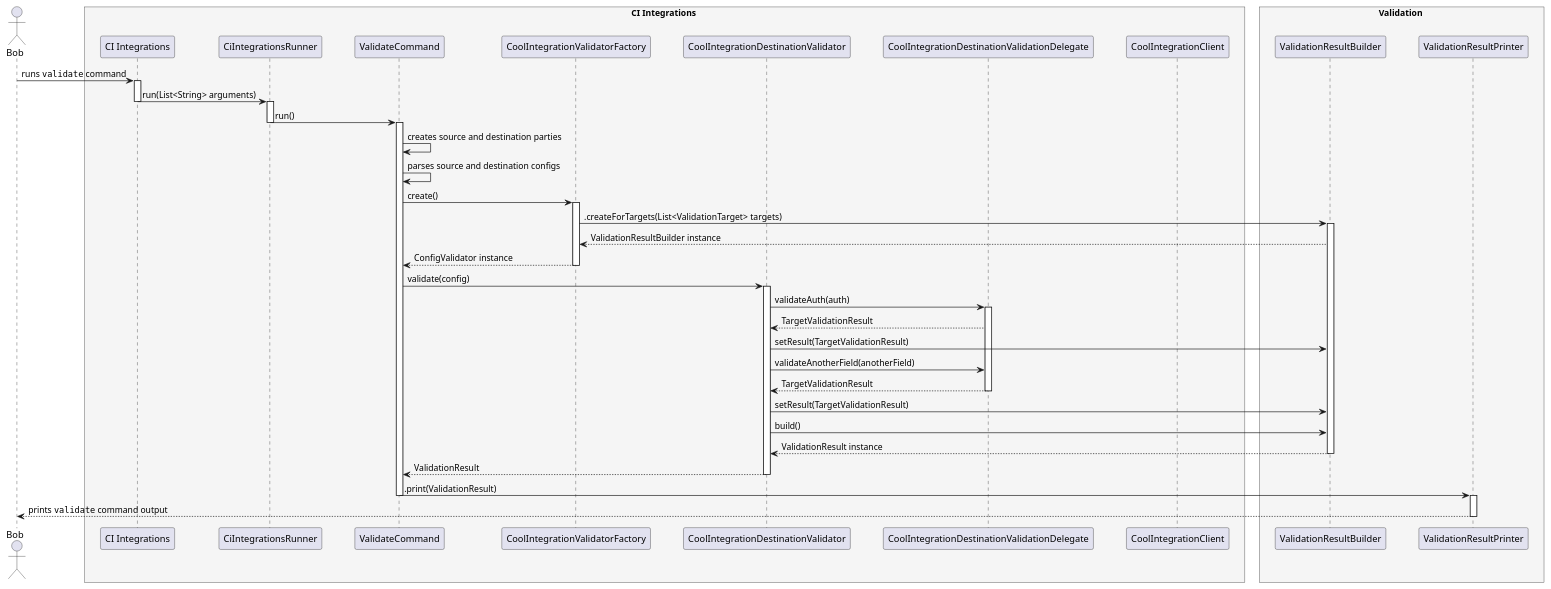
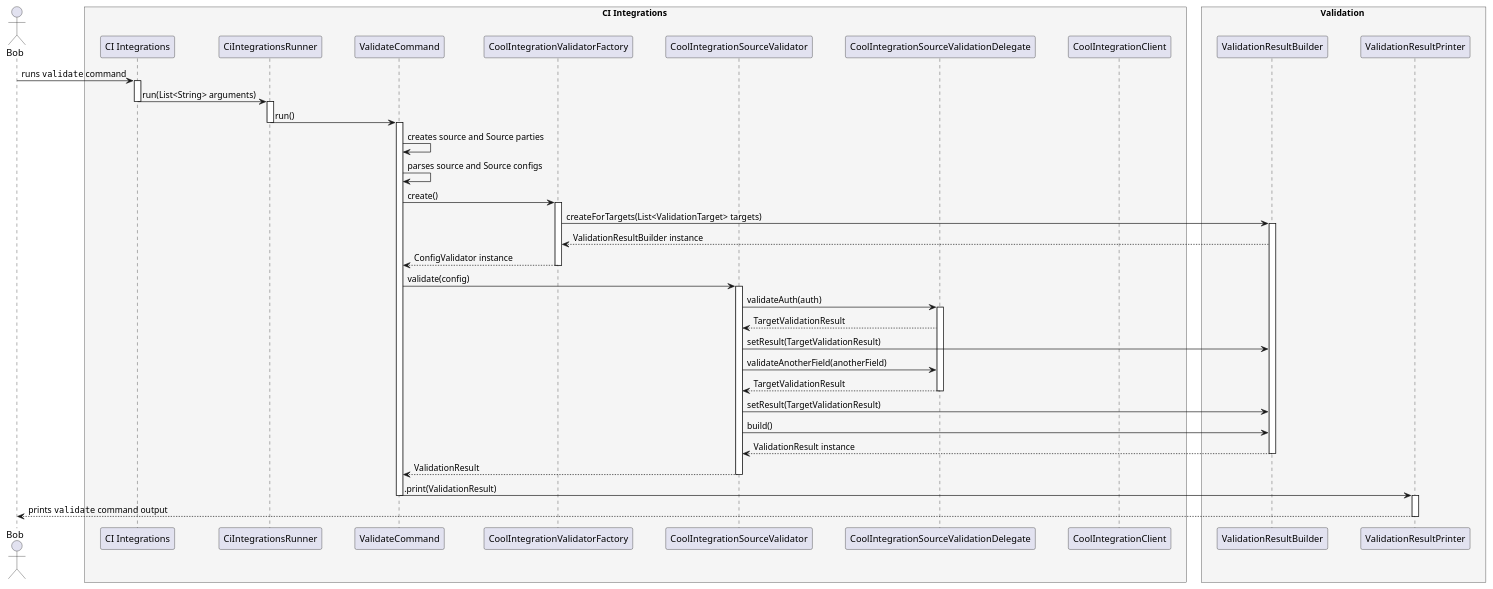
One commit to Flank/flank-dashboard changed the diagram in metrics/cli/docs/features/doctor_output_improvements/diagrams/ci_integrations_validator_sequence_diagram.puml. Above: the diagram before and after it, drawn with PlantUML. The commit also changed 1 other file, not shown here.

Commit message:
Update sequence diagrams

```diff
--- a/metrics/cli/docs/features/doctor_output_improvements/diagrams/ci_integrations_validator_sequence_diagram.puml
+++ b/metrics/cli/docs/features/doctor_output_improvements/diagrams/ci_integrations_validator_sequence_diagram.puml
@@ -1,82 +1,82 @@
 @startuml config_validator_sequence_diagram
 
 skinparam ParticipantPadding 20
 skinparam BoxPadding 10
 
 actor Bob
 
 box CI Integrations #whiteSmoke
 
 participant "CI Integrations"
 participant CiIntegrationsRunner
 participant ValidateCommand
 participant CoolIntegrationValidatorFactory
-participant CoolIntegrationDestinationValidator
-participant CoolIntegrationDestinationValidationDelegate
+participant CoolIntegrationSourceValidator
+participant CoolIntegrationSourceValidationDelegate
 participant CoolIntegrationClient
 
 end box
 
 box Validation #whiteSmoke
 
 participant ValidationResultBuilder
 participant ValidationResultPrinter
 
 end box
 
 Bob -> "CI Integrations" : runs ""validate"" command
 activate "CI Integrations"
 
 "CI Integrations" -> CiIntegrationsRunner: run(List<String> arguments)
 deactivate "CI Integrations"
 activate CiIntegrationsRunner
 
 CiIntegrationsRunner -> ValidateCommand: run()
 deactivate CiIntegrationsRunner
 activate ValidateCommand
 
-ValidateCommand -> ValidateCommand : creates source and destination parties
-ValidateCommand -> ValidateCommand : parses source and destination configs
+ValidateCommand -> ValidateCommand : creates source and Source parties
+ValidateCommand -> ValidateCommand : parses source and Source configs
 
 ValidateCommand -> CoolIntegrationValidatorFactory : create()
 activate CoolIntegrationValidatorFactory
 
-CoolIntegrationValidatorFactory -> ValidationResultBuilder : .createForTargets(List<ValidationTarget> targets)
+CoolIntegrationValidatorFactory -> ValidationResultBuilder : createForTargets(List<ValidationTarget> targets)
 activate ValidationResultBuilder
 
 ValidationResultBuilder --> CoolIntegrationValidatorFactory : ValidationResultBuilder instance
 
 CoolIntegrationValidatorFactory --> ValidateCommand : ConfigValidator instance
 deactivate CoolIntegrationValidatorFactory
 
-ValidateCommand -> CoolIntegrationDestinationValidator : validate(config)
-activate CoolIntegrationDestinationValidator
+ValidateCommand -> CoolIntegrationSourceValidator : validate(config)
+activate CoolIntegrationSourceValidator
 
-CoolIntegrationDestinationValidator -> CoolIntegrationDestinationValidationDelegate : validateAuth(auth)
-activate CoolIntegrationDestinationValidationDelegate
+CoolIntegrationSourceValidator -> CoolIntegrationSourceValidationDelegate : validateAuth(auth)
+activate CoolIntegrationSourceValidationDelegate
 
-CoolIntegrationDestinationValidationDelegate --> CoolIntegrationDestinationValidator : TargetValidationResult
-CoolIntegrationDestinationValidator -> ValidationResultBuilder : setResult(TargetValidationResult)
+CoolIntegrationSourceValidationDelegate --> CoolIntegrationSourceValidator : TargetValidationResult
+CoolIntegrationSourceValidator -> ValidationResultBuilder : setResult(TargetValidationResult)
 
-CoolIntegrationDestinationValidator -> CoolIntegrationDestinationValidationDelegate : validateAnotherField(anotherField)
+CoolIntegrationSourceValidator -> CoolIntegrationSourceValidationDelegate : validateAnotherField(anotherField)
 deactivate CoolIntegrationClient
 
-CoolIntegrationDestinationValidationDelegate --> CoolIntegrationDestinationValidator : TargetValidationResult
-deactivate CoolIntegrationDestinationValidationDelegate
+CoolIntegrationSourceValidationDelegate --> CoolIntegrationSourceValidator : TargetValidationResult
+deactivate CoolIntegrationSourceValidationDelegate
 
-CoolIntegrationDestinationValidator -> ValidationResultBuilder : setResult(TargetValidationResult)
-CoolIntegrationDestinationValidator -> ValidationResultBuilder : build()
-ValidationResultBuilder --> CoolIntegrationDestinationValidator : ValidationResult instance
+CoolIntegrationSourceValidator -> ValidationResultBuilder : setResult(TargetValidationResult)
+CoolIntegrationSourceValidator -> ValidationResultBuilder : build()
+ValidationResultBuilder --> CoolIntegrationSourceValidator : ValidationResult instance
 deactivate ValidationResultBuilder
 
-CoolIntegrationDestinationValidator --> ValidateCommand : ValidationResult
-deactivate CoolIntegrationDestinationValidator
+CoolIntegrationSourceValidator --> ValidateCommand : ValidationResult
+deactivate CoolIntegrationSourceValidator
 
 ValidateCommand -> ValidationResultPrinter : .print(ValidationResult)
 deactivate ValidateCommand
 activate ValidationResultPrinter
 
 ValidationResultPrinter --> Bob : prints ""validate"" command output
 deactivate ValidationResultPrinter
 
 @enduml
```
